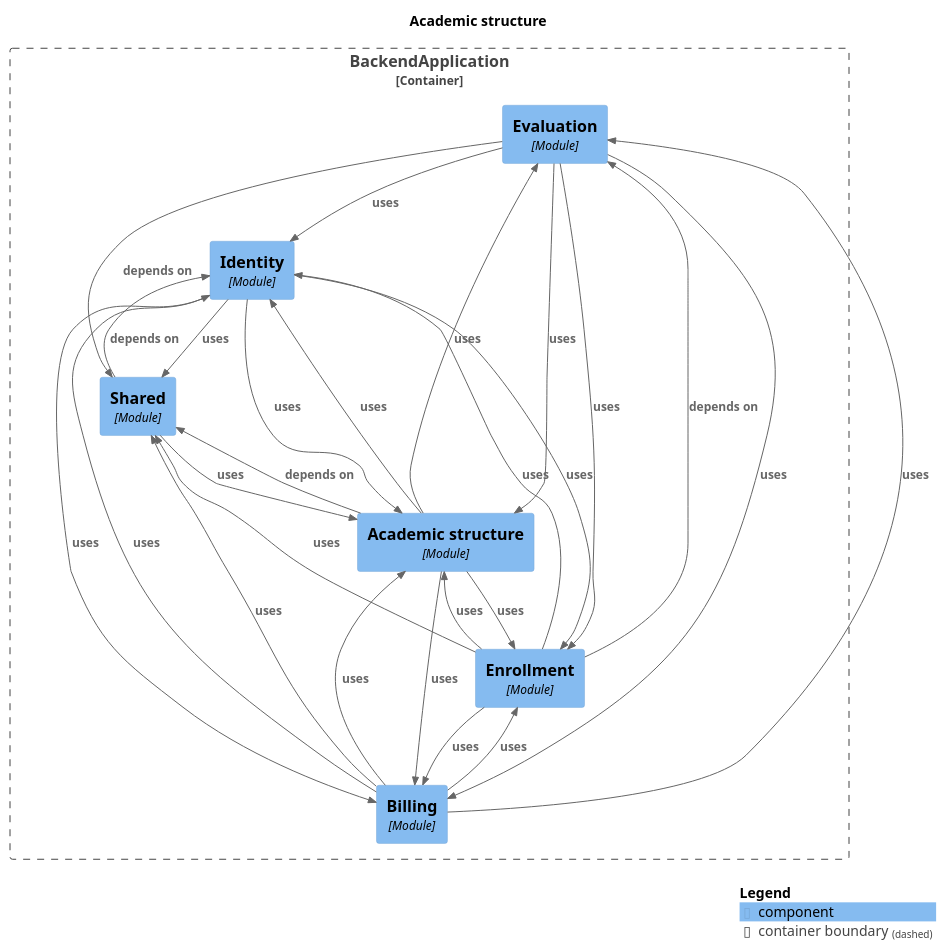
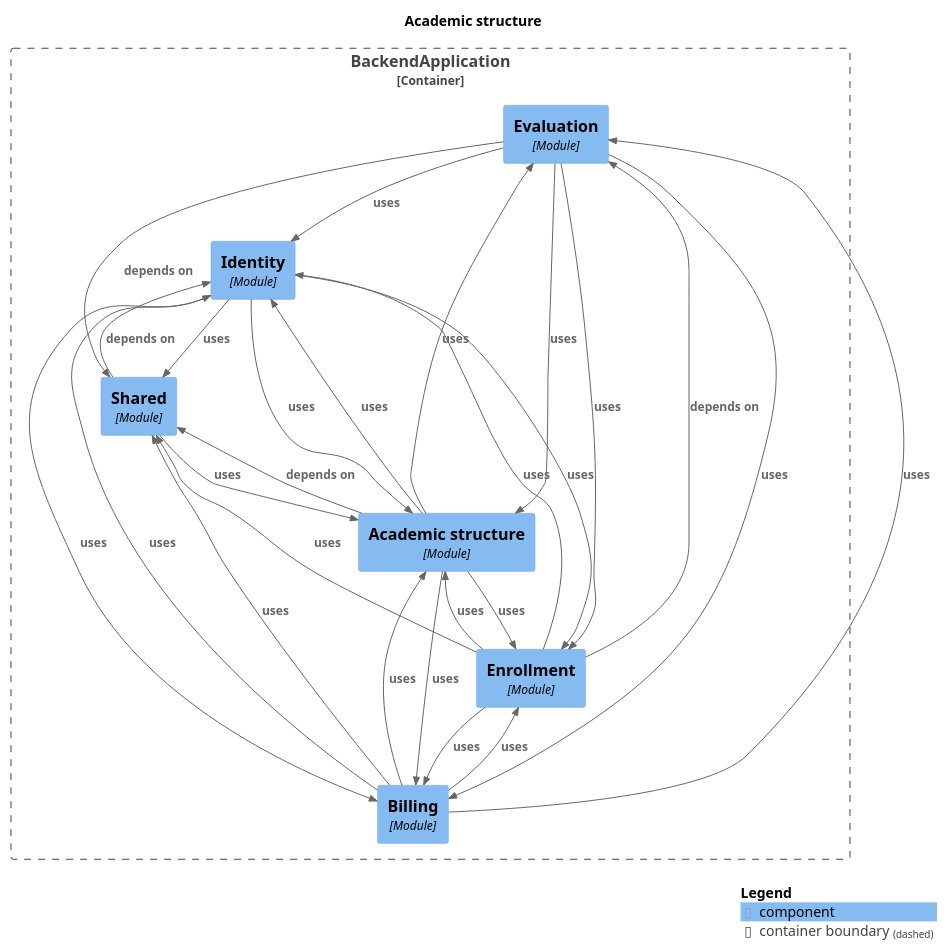
The diagram in docs/architecture/module-academicstructure.puml (Gabriel030/agustina-bermejo-app), drawn with PlantUML before and after one commit. The commit also changed other lines of this file and 12 other files, not shown here.

```diff
--- a/docs/architecture/module-academicstructure.puml
+++ b/docs/architecture/module-academicstructure.puml
@@ -1,48 +1,48 @@
 @startuml
 set separator none
 title Academic structure
 
 top to bottom direction
 
 !include <C4/C4>
 !include <C4/C4_Context>
 !include <C4/C4_Component>
 
 Container_Boundary("BackendApplication.BackendApplication_boundary", "BackendApplication", $tags="") {
   Component(BackendApplication.BackendApplication.Evaluation, "Evaluation", $techn="Module", $descr="", $tags="", $link="")
   Component(BackendApplication.BackendApplication.Identity, "Identity", $techn="Module", $descr="", $tags="", $link="")
   Component(BackendApplication.BackendApplication.Shared, "Shared", $techn="Module", $descr="", $tags="", $link="")
   Component(BackendApplication.BackendApplication.Academicstructure, "Academic structure", $techn="Module", $descr="", $tags="", $link="")
   Component(BackendApplication.BackendApplication.Billing, "Billing", $techn="Module", $descr="", $tags="", $link="")
   Component(BackendApplication.BackendApplication.Enrollment, "Enrollment", $techn="Module", $descr="", $tags="", $link="")
 }
 
+Rel(BackendApplication.BackendApplication.Enrollment, BackendApplication.BackendApplication.Academicstructure, "uses", $techn="", $tags="", $link="")
+Rel(BackendApplication.BackendApplication.Enrollment, BackendApplication.BackendApplication.Shared, "uses", $techn="", $tags="", $link="")
+Rel(BackendApplication.BackendApplication.Academicstructure, BackendApplication.BackendApplication.Shared, "depends on", $techn="", $tags="", $link="")
+Rel(BackendApplication.BackendApplication.Academicstructure, BackendApplication.BackendApplication.Enrollment, "uses", $techn="", $tags="", $link="")
+Rel(BackendApplication.BackendApplication.Academicstructure, BackendApplication.BackendApplication.Billing, "uses", $techn="", $tags="", $link="")
+Rel(BackendApplication.BackendApplication.Academicstructure, BackendApplication.BackendApplication.Identity, "uses", $techn="", $tags="", $link="")
+Rel(BackendApplication.BackendApplication.Academicstructure, BackendApplication.BackendApplication.Evaluation, "uses", $techn="", $tags="", $link="")
 Rel(BackendApplication.BackendApplication.Billing, BackendApplication.BackendApplication.Identity, "uses", $techn="", $tags="", $link="")
 Rel(BackendApplication.BackendApplication.Billing, BackendApplication.BackendApplication.Enrollment, "uses", $techn="", $tags="", $link="")
 Rel(BackendApplication.BackendApplication.Billing, BackendApplication.BackendApplication.Shared, "uses", $techn="", $tags="", $link="")
 Rel(BackendApplication.BackendApplication.Billing, BackendApplication.BackendApplication.Academicstructure, "uses", $techn="", $tags="", $link="")
 Rel(BackendApplication.BackendApplication.Billing, BackendApplication.BackendApplication.Evaluation, "uses", $techn="", $tags="", $link="")
+Rel(BackendApplication.BackendApplication.Shared, BackendApplication.BackendApplication.Identity, "depends on", $techn="", $tags="", $link="")
+Rel(BackendApplication.BackendApplication.Shared, BackendApplication.BackendApplication.Academicstructure, "uses", $techn="", $tags="", $link="")
 Rel(BackendApplication.BackendApplication.Identity, BackendApplication.BackendApplication.Shared, "uses", $techn="", $tags="", $link="")
 Rel(BackendApplication.BackendApplication.Identity, BackendApplication.BackendApplication.Billing, "uses", $techn="", $tags="", $link="")
 Rel(BackendApplication.BackendApplication.Identity, BackendApplication.BackendApplication.Enrollment, "uses", $techn="", $tags="", $link="")
 Rel(BackendApplication.BackendApplication.Identity, BackendApplication.BackendApplication.Academicstructure, "uses", $techn="", $tags="", $link="")
-Rel(BackendApplication.BackendApplication.Shared, BackendApplication.BackendApplication.Identity, "depends on", $techn="", $tags="", $link="")
-Rel(BackendApplication.BackendApplication.Shared, BackendApplication.BackendApplication.Academicstructure, "uses", $techn="", $tags="", $link="")
 Rel(BackendApplication.BackendApplication.Evaluation, BackendApplication.BackendApplication.Shared, "depends on", $techn="", $tags="", $link="")
 Rel(BackendApplication.BackendApplication.Evaluation, BackendApplication.BackendApplication.Academicstructure, "uses", $techn="", $tags="", $link="")
 Rel(BackendApplication.BackendApplication.Evaluation, BackendApplication.BackendApplication.Identity, "uses", $techn="", $tags="", $link="")
 Rel(BackendApplication.BackendApplication.Evaluation, BackendApplication.BackendApplication.Enrollment, "uses", $techn="", $tags="", $link="")
 Rel(BackendApplication.BackendApplication.Evaluation, BackendApplication.BackendApplication.Billing, "uses", $techn="", $tags="", $link="")
 Rel(BackendApplication.BackendApplication.Enrollment, BackendApplication.BackendApplication.Evaluation, "depends on", $techn="", $tags="", $link="")
 Rel(BackendApplication.BackendApplication.Enrollment, BackendApplication.BackendApplication.Billing, "uses", $techn="", $tags="", $link="")
 Rel(BackendApplication.BackendApplication.Enrollment, BackendApplication.BackendApplication.Identity, "uses", $techn="", $tags="", $link="")
-Rel(BackendApplication.BackendApplication.Enrollment, BackendApplication.BackendApplication.Academicstructure, "uses", $techn="", $tags="", $link="")
-Rel(BackendApplication.BackendApplication.Enrollment, BackendApplication.BackendApplication.Shared, "uses", $techn="", $tags="", $link="")
-Rel(BackendApplication.BackendApplication.Academicstructure, BackendApplication.BackendApplication.Shared, "depends on", $techn="", $tags="", $link="")
-Rel(BackendApplication.BackendApplication.Academicstructure, BackendApplication.BackendApplication.Enrollment, "uses", $techn="", $tags="", $link="")
-Rel(BackendApplication.BackendApplication.Academicstructure, BackendApplication.BackendApplication.Billing, "uses", $techn="", $tags="", $link="")
-Rel(BackendApplication.BackendApplication.Academicstructure, BackendApplication.BackendApplication.Identity, "uses", $techn="", $tags="", $link="")
-Rel(BackendApplication.BackendApplication.Academicstructure, BackendApplication.BackendApplication.Evaluation, "uses", $techn="", $tags="", $link="")
 
 SHOW_LEGEND(true)
 @enduml
```
